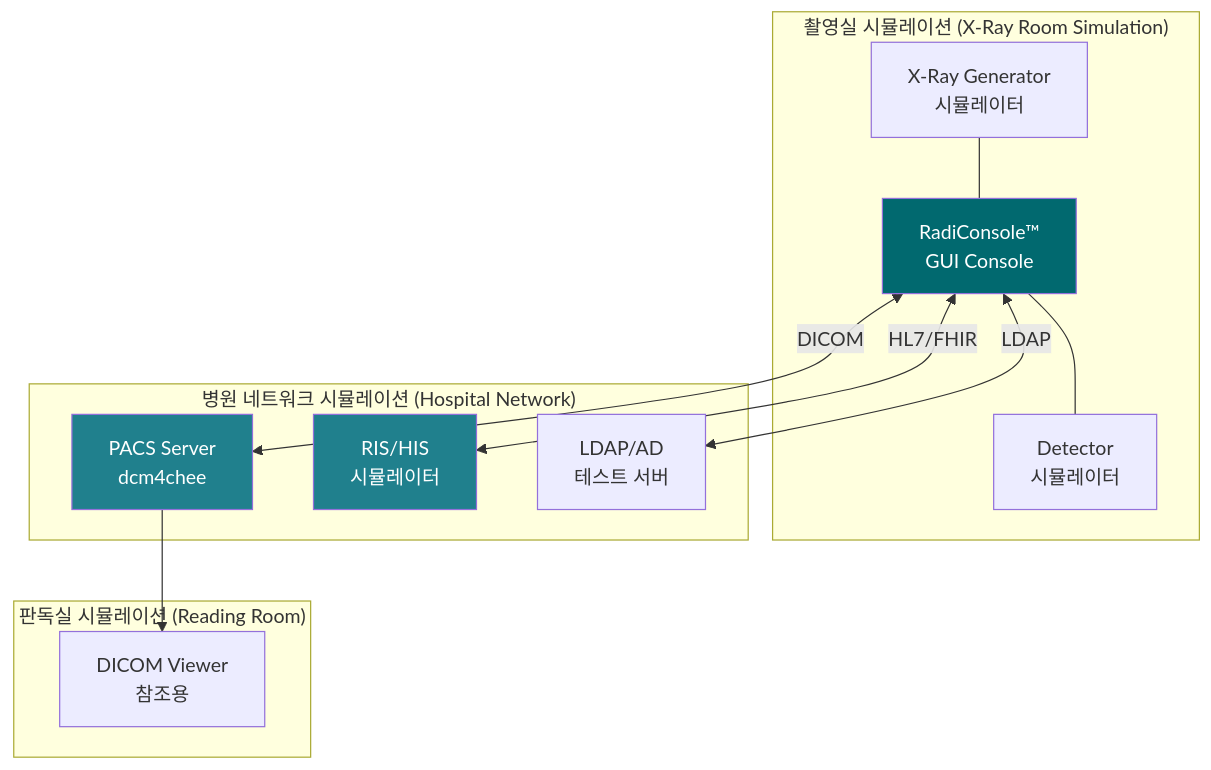
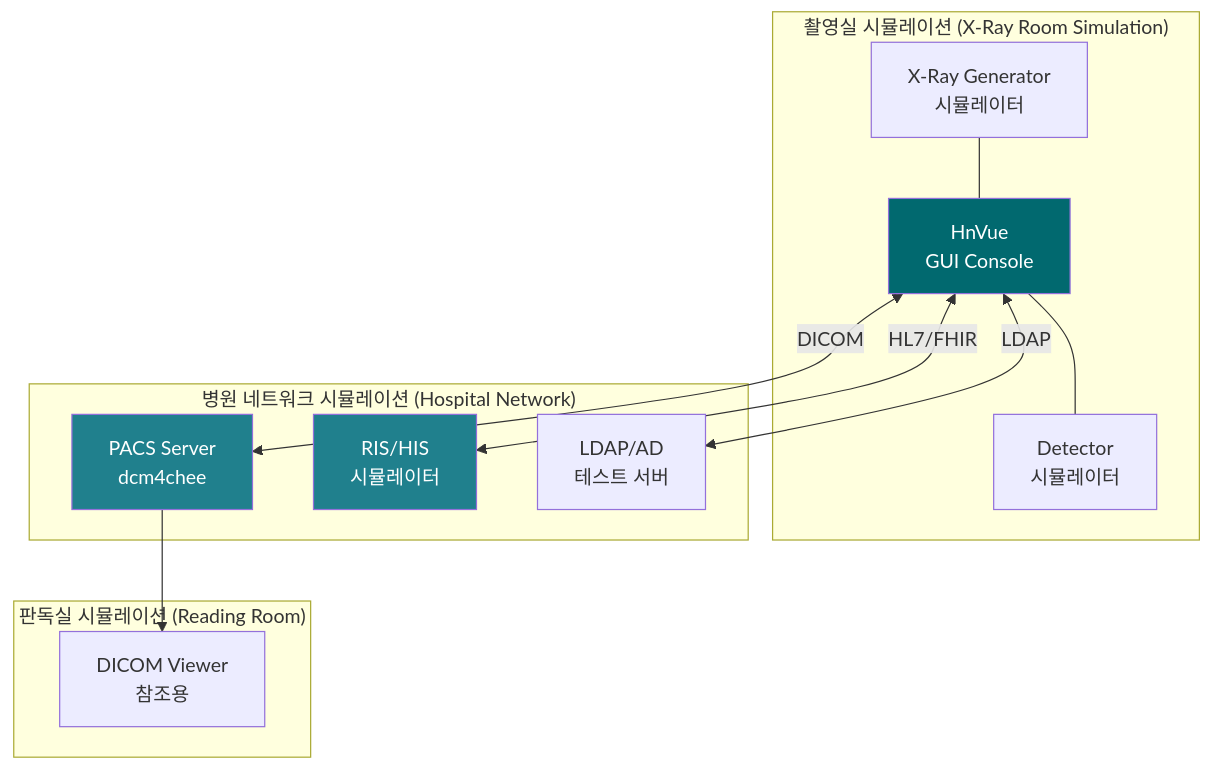
Before and after one commit to holee9/console-gui: the fourth of 8 diagrams in docs/verification/DOC-015_ValidationPlan_v1.0.md, drawn with Mermaid. The commit also changed other lines of this file and 40 other files, not shown here.

````diff
--- a/docs/verification/DOC-015_ValidationPlan_v1.0.md
+++ b/docs/verification/DOC-015_ValidationPlan_v1.0.md
@@ -175,23 +175,23 @@
 ```mermaid
 graph TB
     subgraph "촬영실 시뮬레이션 (X-Ray Room Simulation)"
-        XR[X-Ray Generator<br/>시뮬레이터] --- CON[RadiConsole™<br/>GUI Console]
+        XR[X-Ray Generator<br/>시뮬레이터] --- CON[HnVue<br/>GUI Console]
         CON --- DET[Detector<br/>시뮬레이터]
     end
     subgraph "병원 네트워크 시뮬레이션 (Hospital Network)"
         PACS[PACS Server<br/>dcm4chee]
         RIS[RIS/HIS<br/>시뮬레이터]
         LDAP[LDAP/AD<br/>테스트 서버]
     end
     subgraph "판독실 시뮬레이션 (Reading Room)"
         VIEW[DICOM Viewer<br/>참조용]
     end
     CON <-->|DICOM| PACS
     CON <-->|HL7/FHIR| RIS
     CON <-->|LDAP| LDAP
     PACS --> VIEW
     
     style CON fill:#01696F,color:#fff
     style PACS fill:#20808D,color:#fff
     style RIS fill:#20808D,color:#fff
 ```
````
